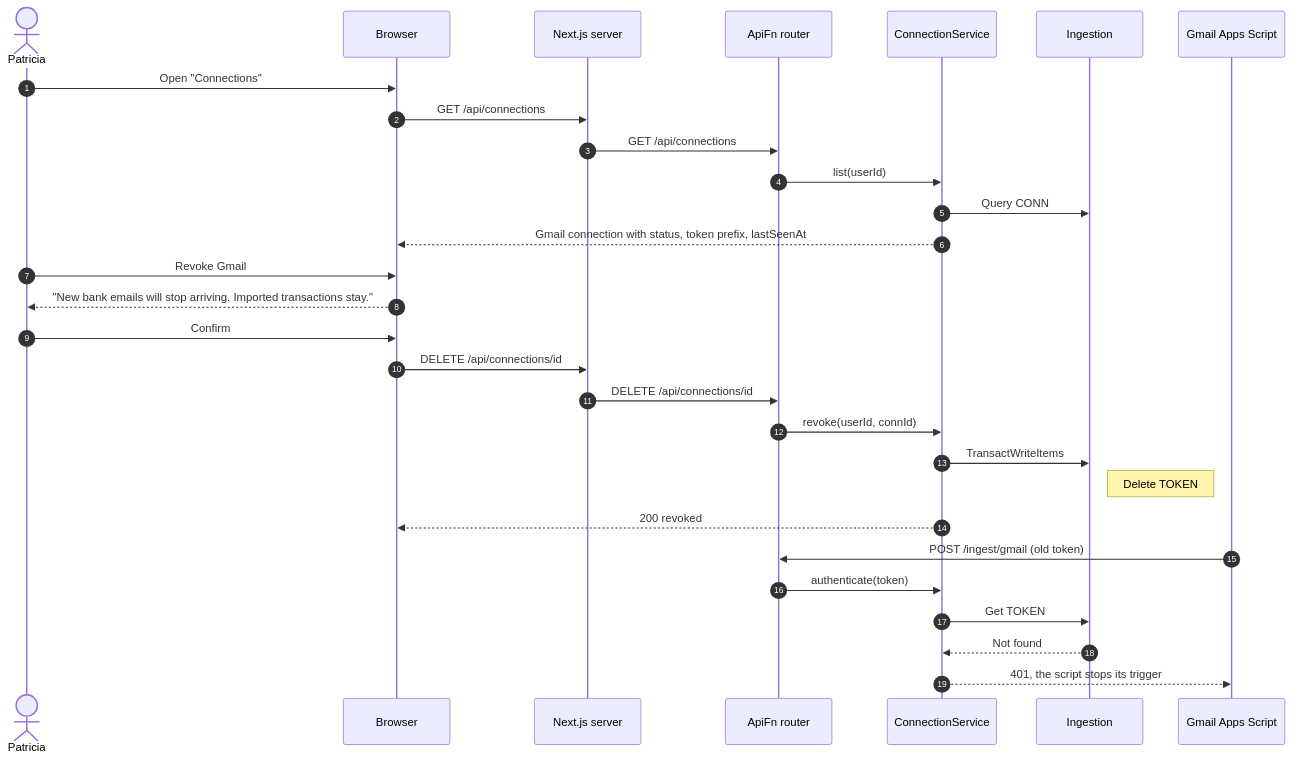
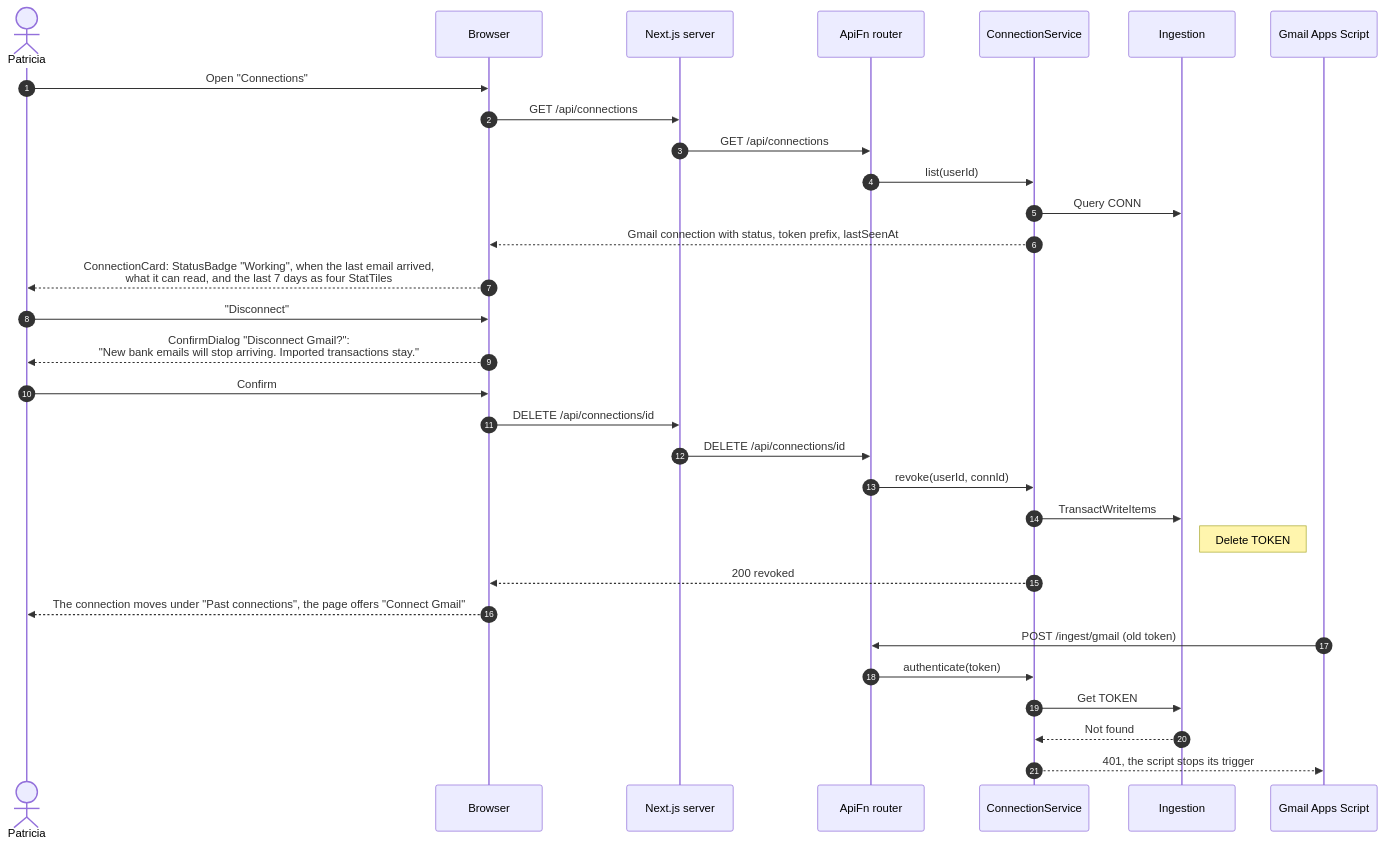
Before and after one commit to Ezequiel294/cs3365-finance-app: the diagram in docs/diagrams/sequences/06-security-and-data-control.md, drawn with Mermaid. The commit also changed 18 other files, not shown here.

Commit message:
attempt 3 design/architecture changes

````diff
--- a/docs/diagrams/sequences/06-security-and-data-control.md
+++ b/docs/diagrams/sequences/06-security-and-data-control.md
@@ -18,32 +18,34 @@
 ```mermaid
 sequenceDiagram
     autonumber
     actor U as Patricia
     participant UI as Browser
     participant Web as Next.js server
     participant API as ApiFn router
     participant CS as ConnectionService
     participant Ing as Ingestion
     participant GS as Gmail Apps Script
 
     U->>UI: Open "Connections"
     UI->>Web: GET /api/connections
     Web->>API: GET /api/connections
     API->>CS: list(userId)
     CS->>Ing: Query CONN#
     CS-->>UI: Gmail connection with status, token prefix, lastSeenAt
-    U->>UI: Revoke Gmail
-    UI-->>U: "New bank emails will stop arriving. Imported transactions stay."
+    UI-->>U: ConnectionCard: StatusBadge "Working", when the last email arrived,<br/>what it can read, and the last 7 days as four StatTiles
+    U->>UI: "Disconnect"
+    UI-->>U: ConfirmDialog "Disconnect Gmail?":<br/>"New bank emails will stop arriving. Imported transactions stay."
     U->>UI: Confirm
     UI->>Web: DELETE /api/connections/id
     Web->>API: DELETE /api/connections/id
     API->>CS: revoke(userId, connId)
     CS->>Ing: TransactWriteItems
     Note right of Ing: Delete TOKEN#hash,<br/>Update CONN#gmail#id (REVOKED)
     CS-->>UI: 200 revoked
+    UI-->>U: The connection moves under "Past connections", the page offers "Connect Gmail"
     GS->>API: POST /ingest/gmail (old token)
     API->>CS: authenticate(token)
     CS->>Ing: Get TOKEN#hash
     Ing-->>CS: Not found
     CS-->>GS: 401, the script stops its trigger
 ```
````
